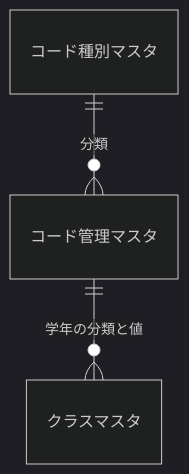
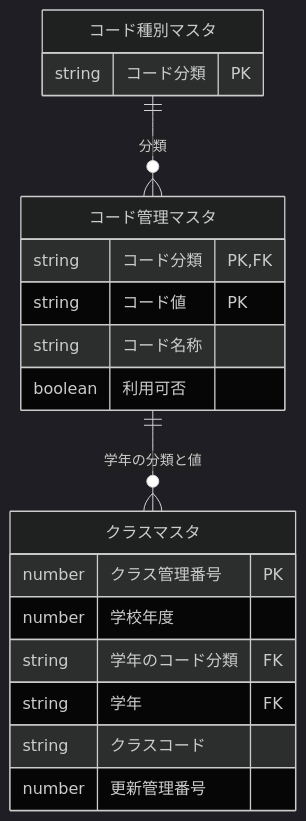
The third of 11 diagrams in test-project1/spec/COBOL/基本設計書/01_学生検索画面.md (tujinrong/contextbase-evaluation), drawn with Mermaid (dark theme) before and after one commit. The commit also changed other lines of this file and 157 other files, not shown here.

````diff
--- a/test-project1/spec/COBOL/基本設計書/01_学生検索画面.md
+++ b/test-project1/spec/COBOL/基本設計書/01_学生検索画面.md
@@ -190,5 +190,22 @@
 ```mermaid
 erDiagram
     コード種別マスタ ||--o{ コード管理マスタ : "分類"
     コード管理マスタ ||--o{ クラスマスタ : "学年の分類と値"
+    コード種別マスタ {
+        string コード分類 PK
+    }
+    コード管理マスタ {
+        string コード分類 PK,FK
+        string コード値 PK
+        string コード名称
+        boolean 利用可否
+    }
+    クラスマスタ {
+        number クラス管理番号 PK
+        number 学校年度
+        string 学年のコード分類 FK
+        string 学年 FK
+        string クラスコード
+        number 更新管理番号
+    }
 ```
````
